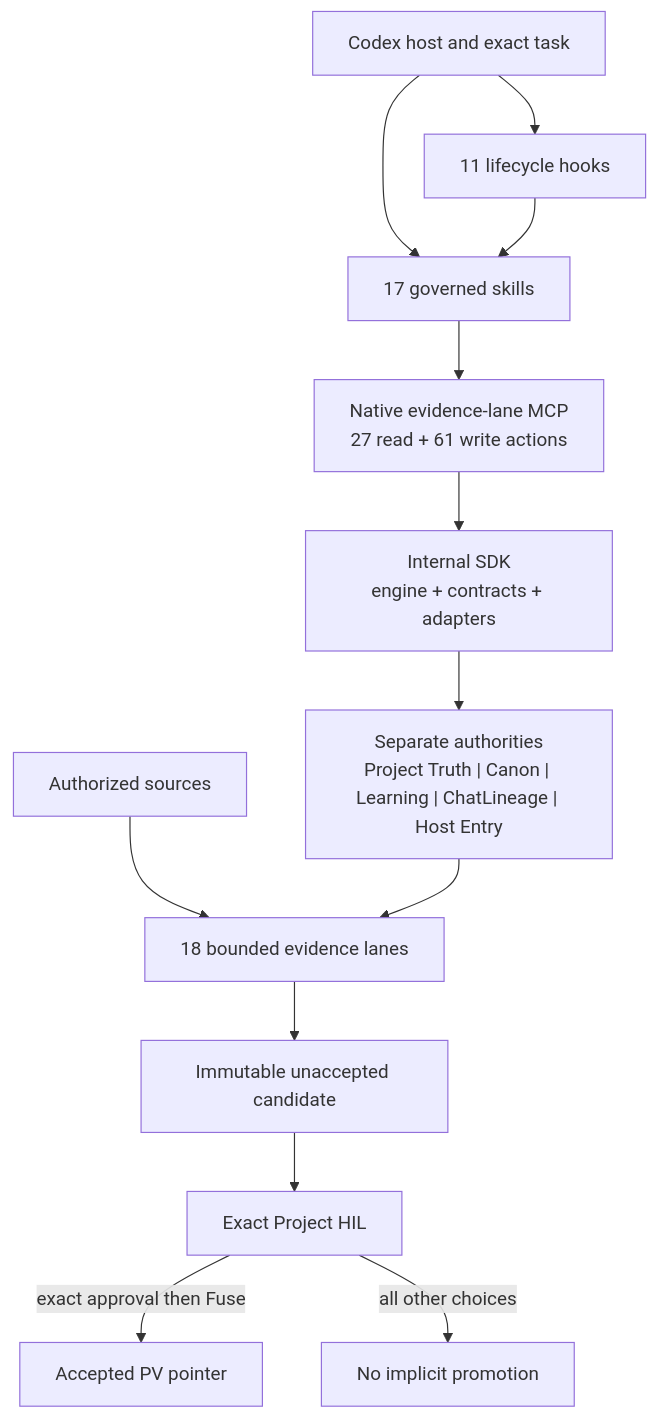
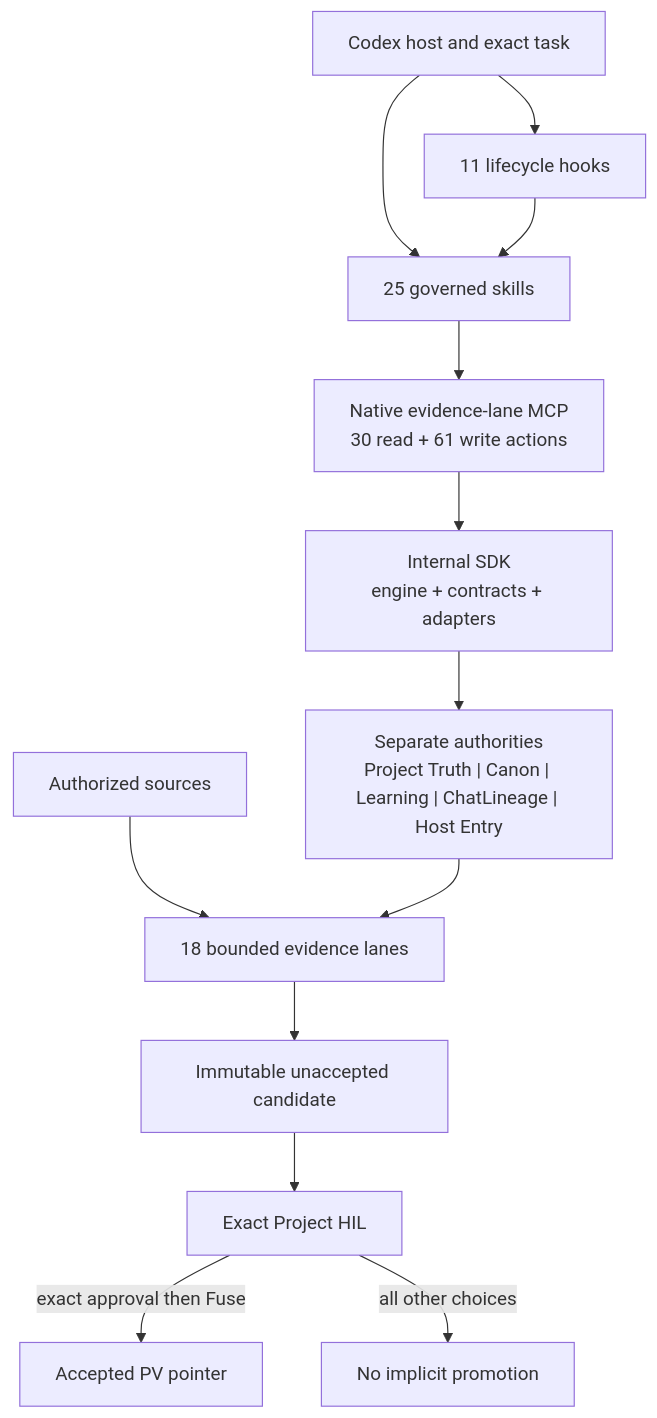
The diagram in README.md (rathee000001/evidence_lane_plugin), drawn with Mermaid before and after one commit. The commit also changed other lines of this file and 2265 other files, not shown here.

Commit message:
feat: complete Evidence Lane v3 R265 executable parity

````diff
--- a/README.md
+++ b/README.md
@@ -205,15 +242,15 @@
 ```mermaid
 flowchart TD
     Host["Codex host and exact task"] --> Hooks["11 lifecycle hooks"]
-    Host --> Skills["17 governed skills"]
+    Host --> Skills["25 governed skills"]
     Hooks --> Skills
-    Skills --> MCP["Native evidence-lane MCP<br/>27 read + 61 write actions"]
+    Skills --> MCP["Native evidence-lane MCP<br/>30 read + 61 write actions"]
     MCP --> SDK["Internal SDK<br/>engine + contracts + adapters"]
     SDK --> Authorities["Separate authorities<br/>Project Truth | Canon | Learning | ChatLineage | Host Entry"]
     Sources["Authorized sources"] --> Lanes["18 bounded evidence lanes"]
     Authorities --> Lanes
     Lanes --> Candidate["Immutable unaccepted candidate"]
     Candidate --> HIL["Exact Project HIL"]
     HIL -->|"exact approval then Fuse"| Pointer["Accepted PV pointer"]
     HIL -->|"all other choices"| NoPromotion["No implicit promotion"]
 ```
````
